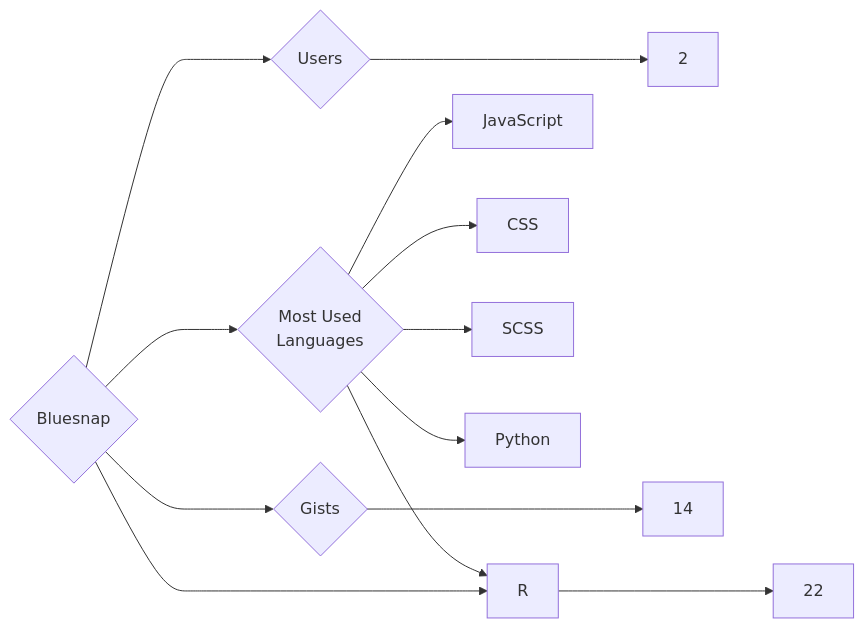
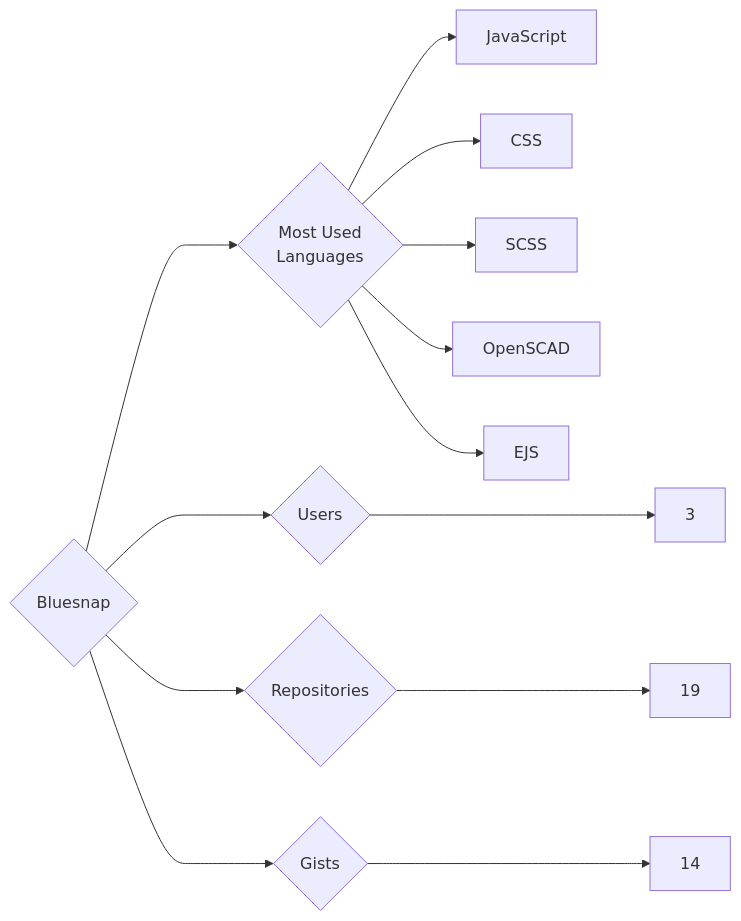
Before and after one commit to trickest/insiders: the diagram in targets/Bluesnap/README.md, drawn with Mermaid. The commit also changed 749 other files, not shown here.

````diff
--- a/targets/Bluesnap/README.md
+++ b/targets/Bluesnap/README.md
@@ -3,13 +3,13 @@
 ```mermaid
 graph LR
 COMPANY_NAME{Bluesnap}
-COMPANY_NAME ---> U{Users} ---> UN[2]
-COMPANY_NAME ---> R{Repositories} ---> RN[22]
+COMPANY_NAME ---> U{Users} ---> UN[3]
+COMPANY_NAME ---> R{Repositories} ---> RN[19]
 COMPANY_NAME ---> G{Gists} ---> GN[14]
 COMPANY_NAME ---> ML{Most Used<br>Languages}
 ML --> JavaScript[JavaScript]
 ML --> CSS[CSS]
 ML --> SCSS[SCSS]
-ML --> R[R]
-ML --> Python[Python]
+ML --> OpenSCAD[OpenSCAD]
+ML --> EJS[EJS]
 ```
````
